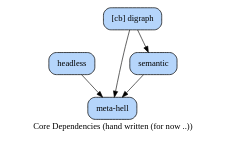
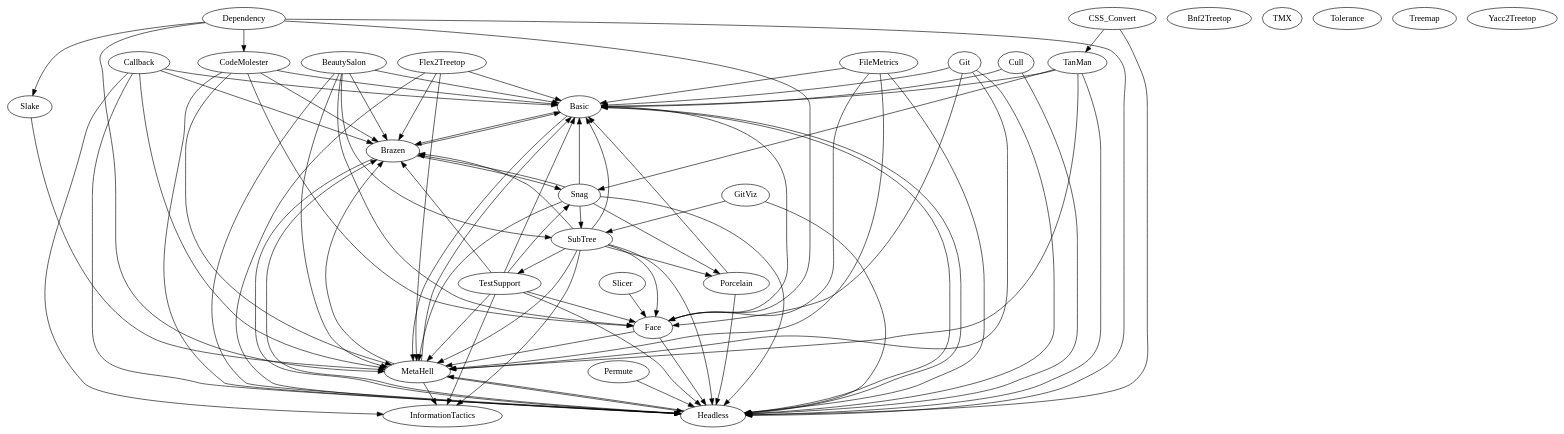
Before and after one commit to hipe/tmx: the diagram in lib/skylab/slicer/doc/sidesystem-dependencies/01-use-this-one.dot, drawn with Graphviz. The commit also changed 14 other files, not shown here.

```diff
--- a/lib/skylab/slicer/doc/sidesystem-dependencies/01-use-this-one.dot
+++ b/lib/skylab/slicer/doc/sidesystem-dependencies/01-use-this-one.dot
@@ -1,31 +1,141 @@
 # created by tan-man on 2013-02-07 02:15:19 UTC
+
+/* this file was (re) created with:
+
+  ./slicer/script/sidesystem-dependencies | tan-man graph sync --input-path - ./slicer/doc/sidesystem-dependencies/01-use-this-one.dot
+
+*/
+
 
 digraph {
 
 /*
   example stmt_list:
     foo -> bar
     biff -> baz
 
   example node_stmt:
     learn_c [label="learn C somehow"]
 */
 
 
 #                 blue : fillcolor="#b5d5fb"
 #                green : fillcolor="#79f233"
 
-node [label="\N", style="filled", fillcolor="#b5d5fb", fontname="Futura", penwidth="1.1566", shape="Mrecord"]
+# node [label="\N", style="filled", fillcolor="#b5d5fb", fontname="Futura", penwidth="1.1566", shape="Mrecord"]
 
-label="Core Dependencies (hand written (for now ..))"
-
-
-headless [label=headless]
-meta [label="meta-hell"]
-pub [label="[cb] digraph"]
-semantic [label=semantic]
-headless -> meta
-pub -> meta
-pub -> semantic
-semantic -> meta
+ba [label=Basic]
+bs [label=BeautySalon]
+b2 [label=Bnf2Treetop]
+br [label=Brazen]
+cs [label=CSS_Convert]
+ca [label=Callback]
+cm [label=CodeMolester]
+cu [label=Cull]
+de [label=Dependency]
+fa [label=Face]
+fm [label=FileMetrics]
+f2 [label=Flex2Treetop]
+gi [label=Git]
+gv [label=GitViz]
+he [label=Headless]
+it [label=InformationTactics]
+mh [label=MetaHell]
+pe [label=Permute]
+po [label=Porcelain]
+sla [label=Slake]
+sli [label=Slicer]
+sn [label=Snag]
+st [label=SubTree]
+tmx [label=TMX]
+tan [label=TanMan]
+ts [label=TestSupport]
+to [label=Tolerance]
+tr [label=Treemap]
+y2 [label=Yacc2Treetop]
+ba -> br
+ba -> he
+ba -> mh
+br -> ba
+br -> he
+br -> sn
+bs -> ba
+bs -> br
+bs -> fa
+bs -> he
+bs -> mh
+bs -> st
+ca -> ba
+ca -> br
+ca -> he
+ca -> it
+ca -> mh
+cm -> ba
+cm -> br
+cm -> fa
+cm -> he
+cm -> mh
+cs -> he
+cs -> tan
+cu -> ba
+cu -> he
+de -> cm
+de -> fa
+de -> he
+de -> mh
+de -> sla
+f2 -> ba
+f2 -> br
+f2 -> he
+f2 -> mh
+fa -> ba
+fa -> he
+fa -> mh
+fm -> ba
+fm -> fa
+fm -> he
+fm -> mh
+gi -> ba
+gi -> fa
+gi -> he
+gi -> mh
+gv -> he
+gv -> st
+he -> ba
+he -> br
+he -> mh
+mh -> ba
+mh -> br
+mh -> he
+mh -> it
+pe -> he
+po -> ba
+po -> he
+sla -> mh
+sli -> fa
+sn -> ba
+sn -> br
+sn -> he
+sn -> mh
+sn -> po
+sn -> st
+st -> ba
+st -> br
+st -> fa
+st -> he
+st -> it
+st -> mh
+st -> po
+st -> ts
+tan -> ba
+tan -> he
+tan -> mh
+tan -> sn
+ts -> ba
+ts -> br
+ts -> fa
+ts -> he
+ts -> it
+ts -> mh
+ts -> sn
 }
```
